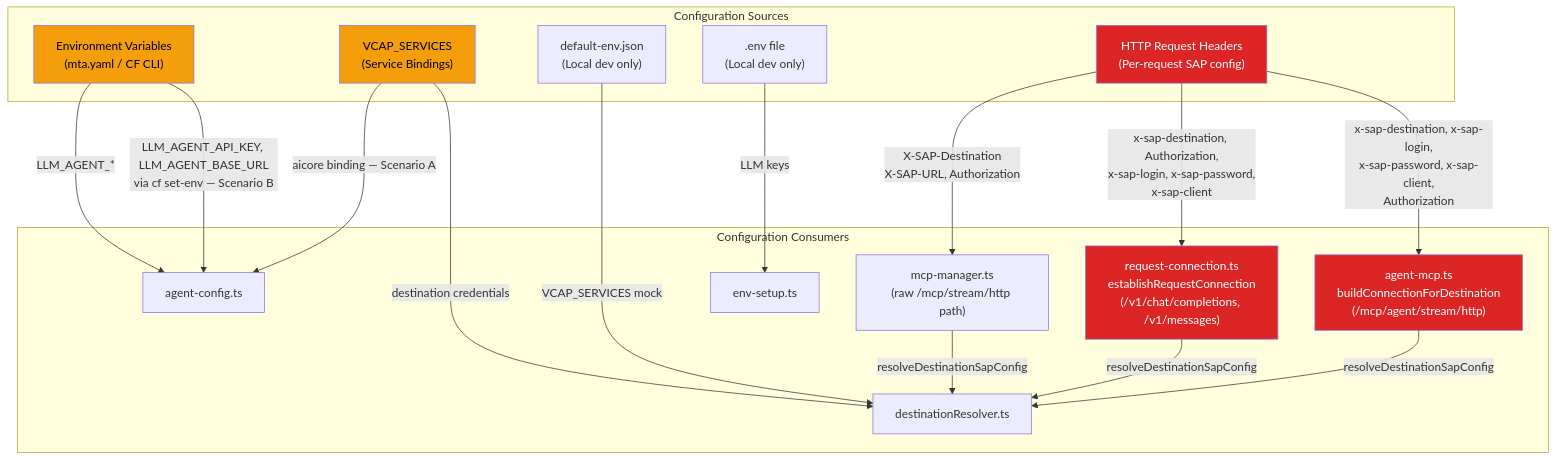
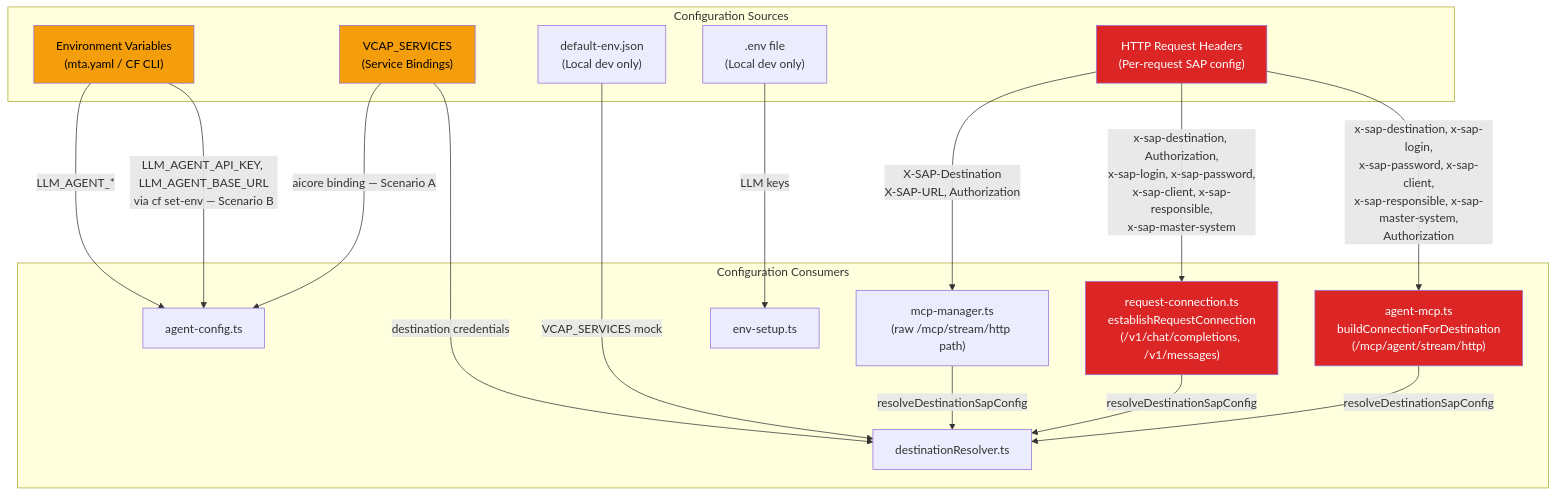
Diagram 19 of 24 in docs/architecture/ARCHITECTURE.md (fr0ster/cloud-llm-hub), drawn with Mermaid before and after one commit. The commit also changed other lines of this file and 14 other files, not shown here.

````diff
--- a/docs/architecture/ARCHITECTURE.md
+++ b/docs/architecture/ARCHITECTURE.md
@@ -1053,38 +1055,38 @@
 ```mermaid
 graph TB
     subgraph "Configuration Sources"
         ENV["Environment Variables<br/>(mta.yaml / CF CLI)"]
         VCAP["VCAP_SERVICES<br/>(Service Bindings)"]
         DEF_ENV["default-env.json<br/>(Local dev only)"]
         DOT_ENV[".env file<br/>(Local dev only)"]
         HEADERS["HTTP Request Headers<br/>(Per-request SAP config)"]
     end
 
     subgraph "Configuration Consumers"
         AC2["agent-config.ts"]
         ES["env-setup.ts"]
         DR2["destinationResolver.ts"]
         MM2["mcp-manager.ts<br/>(raw /mcp/stream/http path)"]
         RC["request-connection.ts<br/>establishRequestConnection<br/>(/v1/chat/completions, /v1/messages)"]
         AM["agent-mcp.ts<br/>buildConnectionForDestination<br/>(/mcp/agent/stream/http)"]
     end
 
     ENV -->|LLM_AGENT_*| AC2
     VCAP -->|aicore binding — Scenario A| AC2
     ENV -->|LLM_AGENT_API_KEY, LLM_AGENT_BASE_URL<br/>via cf set-env — Scenario B| AC2
     VCAP -->|destination credentials| DR2
     DEF_ENV -->|VCAP_SERVICES mock| DR2
     DOT_ENV -->|LLM keys| ES
     HEADERS -->|X-SAP-Destination<br/>X-SAP-URL, Authorization| MM2
-    HEADERS -->|x-sap-destination, Authorization,<br/>x-sap-login, x-sap-password,<br/>x-sap-client| RC
-    HEADERS -->|x-sap-destination, x-sap-login,<br/>x-sap-password, x-sap-client,<br/>Authorization| AM
+    HEADERS -->|x-sap-destination, Authorization,<br/>x-sap-login, x-sap-password,<br/>x-sap-client, x-sap-responsible,<br/>x-sap-master-system| RC
+    HEADERS -->|x-sap-destination, x-sap-login,<br/>x-sap-password, x-sap-client,<br/>x-sap-responsible, x-sap-master-system,<br/>Authorization| AM
     RC -->|resolveDestinationSapConfig| DR2
     MM2 -->|resolveDestinationSapConfig| DR2
     AM -->|resolveDestinationSapConfig| DR2
 
     style HEADERS fill:#dc2626,color:#fff
     style RC fill:#dc2626,color:#fff
     style AM fill:#dc2626,color:#fff
     style ENV fill:#f59e0b,color:#000
     style VCAP fill:#f59e0b,color:#000
 ```
````
